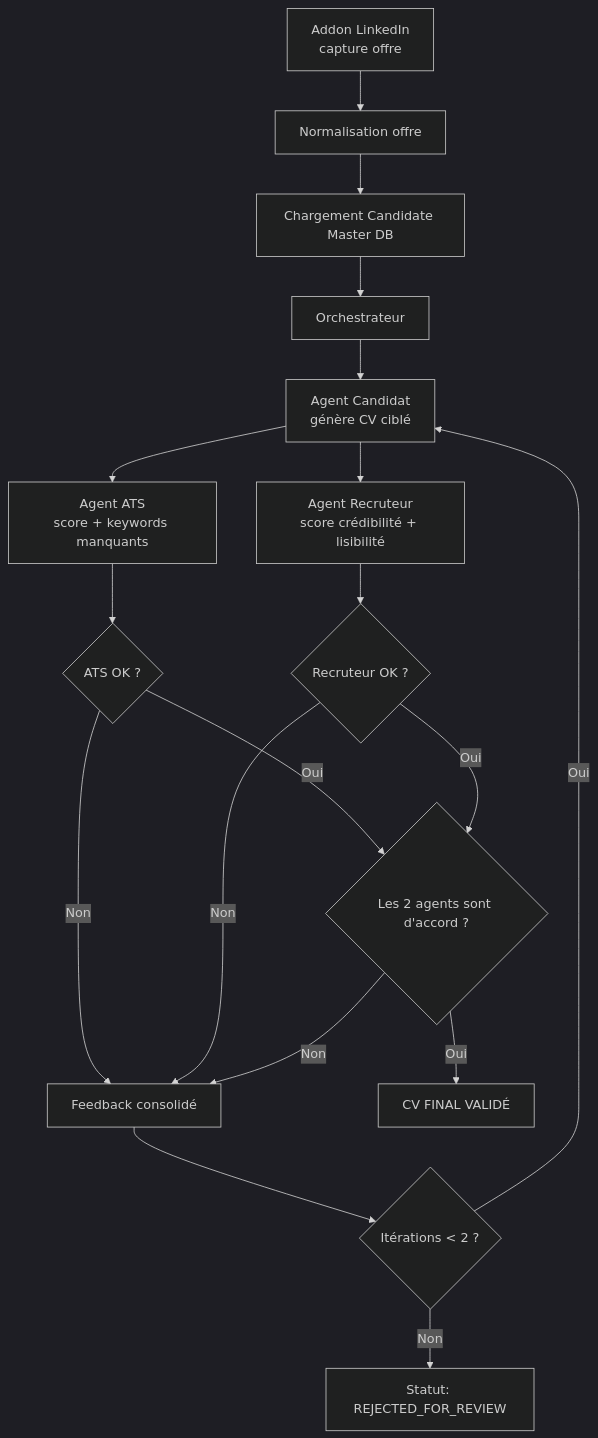
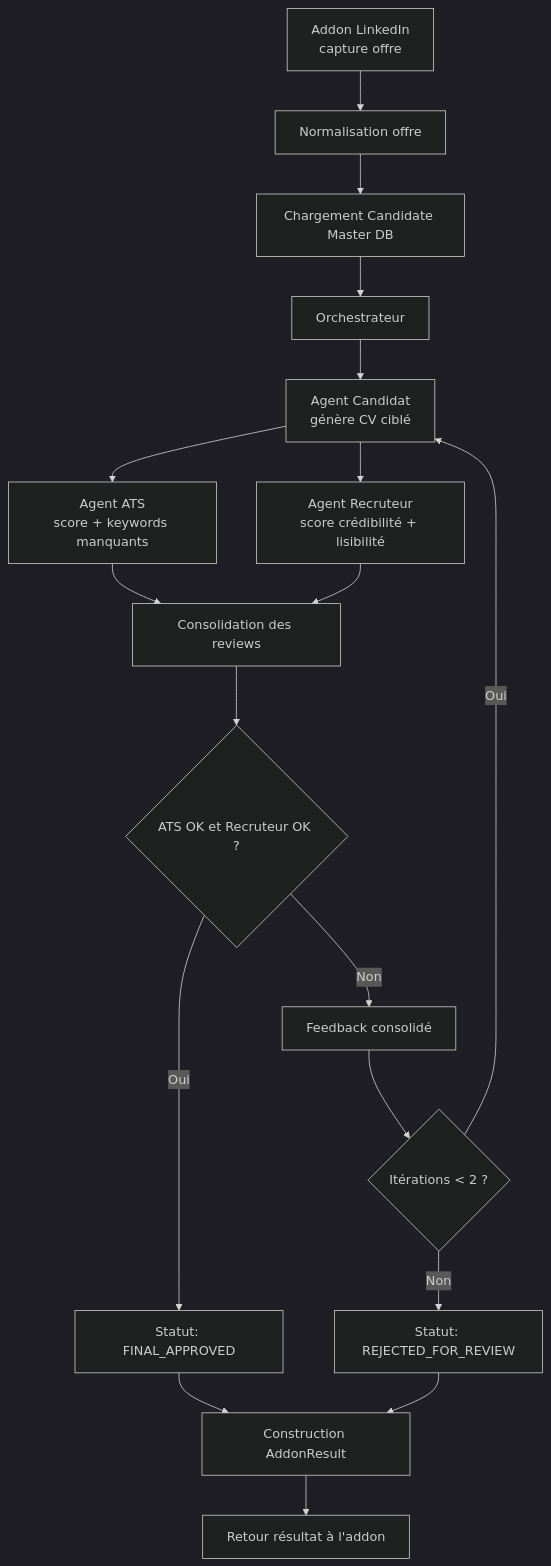
One commit to MetalBrackets/dreamjob changed the diagram in SPEC_POC_MULTI_AGENT_CV.md. Above: the diagram before and after it, drawn with Mermaid (dark theme). The commit also changed other lines of this file, not shown here.

````diff
--- a/SPEC_POC_MULTI_AGENT_CV.md
+++ b/SPEC_POC_MULTI_AGENT_CV.md
@@ -489,20 +537,20 @@
 ```mermaid
 flowchart TD
     A[Addon LinkedIn<br/>capture offre] --> B[Normalisation offre]
     B --> C[Chargement Candidate Master DB]
     C --> D[Orchestrateur]
     D --> E[Agent Candidat<br/>génère CV ciblé]
     E --> F[Agent ATS<br/>score + keywords manquants]
     E --> G[Agent Recruteur<br/>score crédibilité + lisibilité]
-    F --> H{ATS OK ?}
-    G --> I{Recruteur OK ?}
-    H -->|Non| J[Feedback consolidé]
-    I -->|Non| J
-    J --> K{Itérations < 2 ?}
-    K -->|Oui| E
-    K -->|Non| L[Statut: REJECTED_FOR_REVIEW]
-    H -->|Oui| M{Les 2 agents sont d'accord ?}
-    I -->|Oui| M
-    M -->|Oui| N[CV FINAL VALIDÉ]
-    M -->|Non| J
+    F --> H[Consolidation des reviews]
+    G --> H
+    H --> I{ATS OK et Recruteur OK ?}
+    I -->|Oui| J[Statut: FINAL_APPROVED]
+    I -->|Non| K[Feedback consolidé]
+    K --> L{Itérations < 2 ?}
+    L -->|Oui| E
+    L -->|Non| M[Statut: REJECTED_FOR_REVIEW]
+    J --> N[Construction AddonResult]
+    M --> N
+    N --> O[Retour résultat à l'addon]
 ```
````
